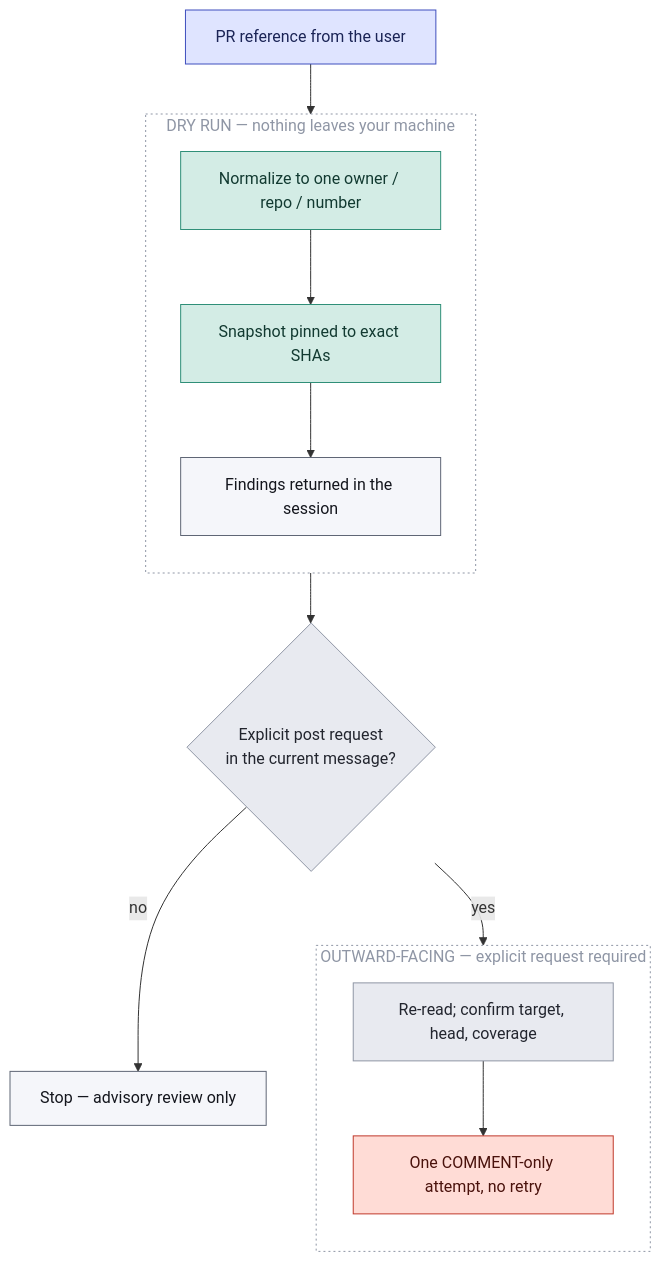
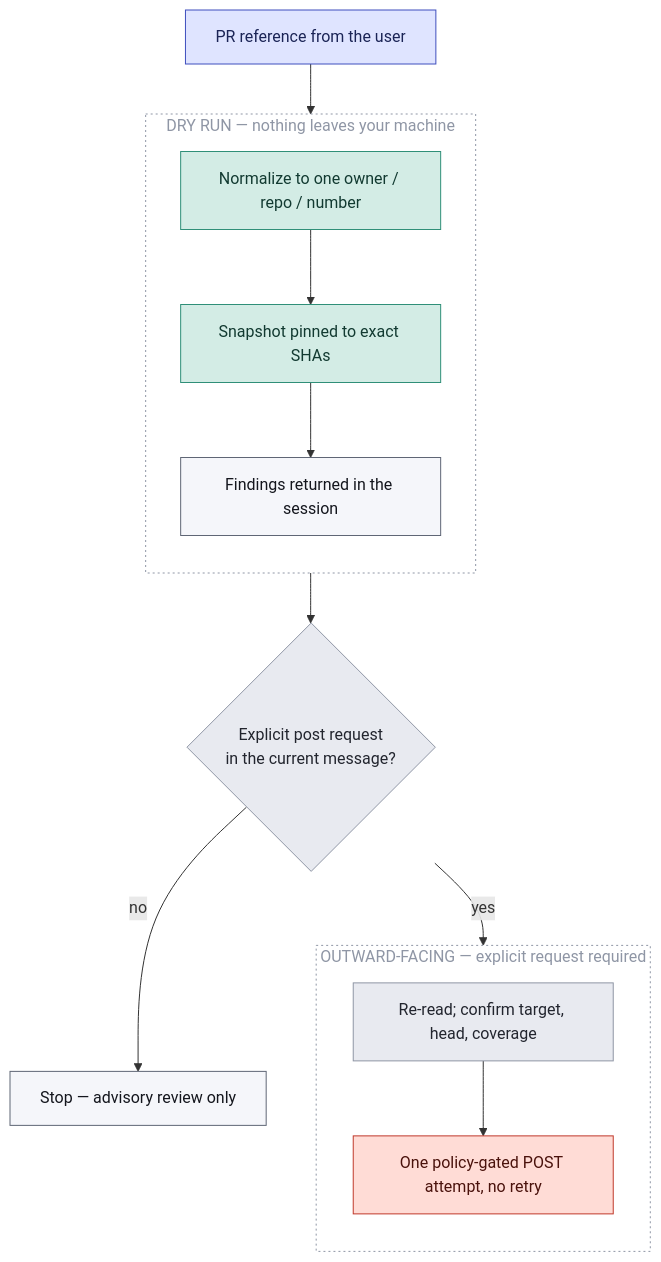
One commit to sean35mm/naru-opencode changed the diagram in docs/src/content/docs/workflows/review-lane.md. Above: the diagram before and after it, drawn with Mermaid. The commit also changed other lines of this file and 18 other files, not shown here.

````diff
--- a/docs/src/content/docs/workflows/review-lane.md
+++ b/docs/src/content/docs/workflows/review-lane.md
@@ -8,33 +8,33 @@
 ```mermaid
 flowchart TB
   A["PR reference from the user"]:::entry
 
   subgraph dry["DRY RUN — nothing leaves your machine"]
     direction TB
     B["Normalize to one owner / repo / number"]:::read
     C["Snapshot pinned to exact SHAs"]:::read
     D["Findings returned in the session"]:::result
   end
 
   E{"Explicit post request<br/>in the current message?"}:::check
   F["Stop — advisory review only"]:::result
 
   subgraph post["OUTWARD-FACING — explicit request required"]
     direction TB
     G["Re-read; confirm target, head, coverage"]:::check
-    H["One COMMENT-only attempt, no retry"]:::danger
+    H["One policy-gated POST attempt, no retry"]:::danger
   end
 
   A --> B --> C --> D --> E
   E -->|no| F
   E -->|yes| G --> H
 
   style dry fill:none,stroke:#8f96a5,stroke-dasharray:2 3,color:#8f96a5
   style post fill:none,stroke:#8f96a5,stroke-dasharray:2 3,color:#8f96a5
 
   classDef entry fill:#dfe4ff,stroke:#3f4fbe,color:#1b2456
   classDef read fill:#d3ece5,stroke:#2f8f78,color:#123a31
   classDef check fill:#e8eaf0,stroke:#8f96a5,color:#22252e
   classDef danger fill:#ffdcd6,stroke:#c0392b,color:#4a120c
   classDef result fill:#f5f6fa,stroke:#5f6675,color:#14161d
 ```
````
